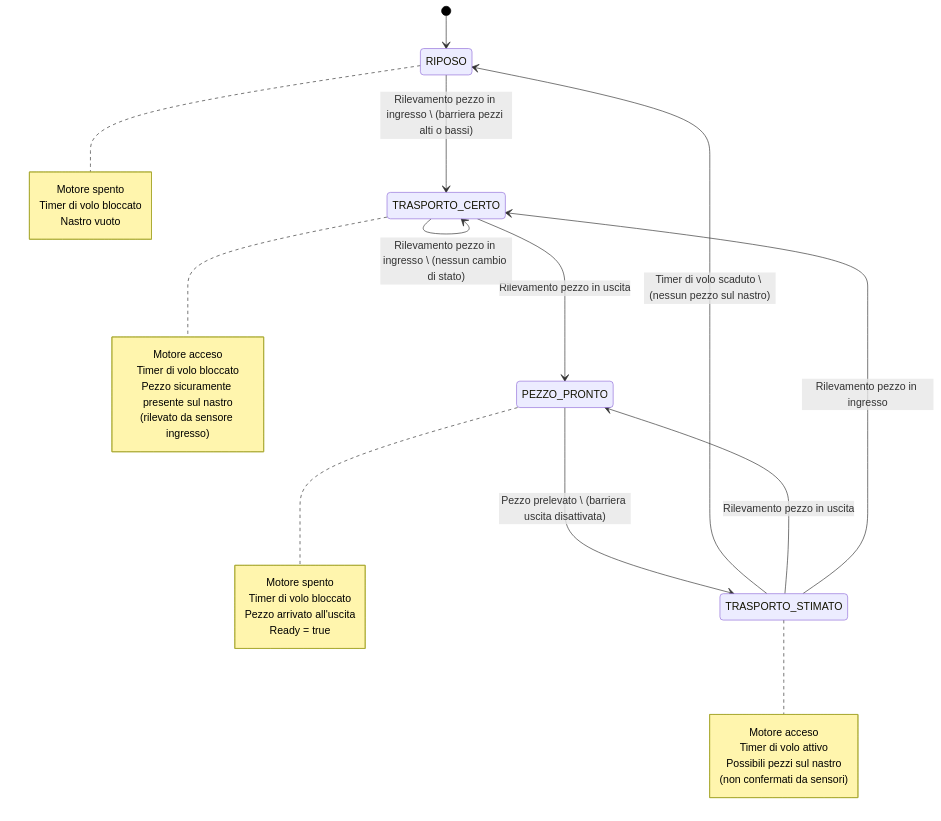
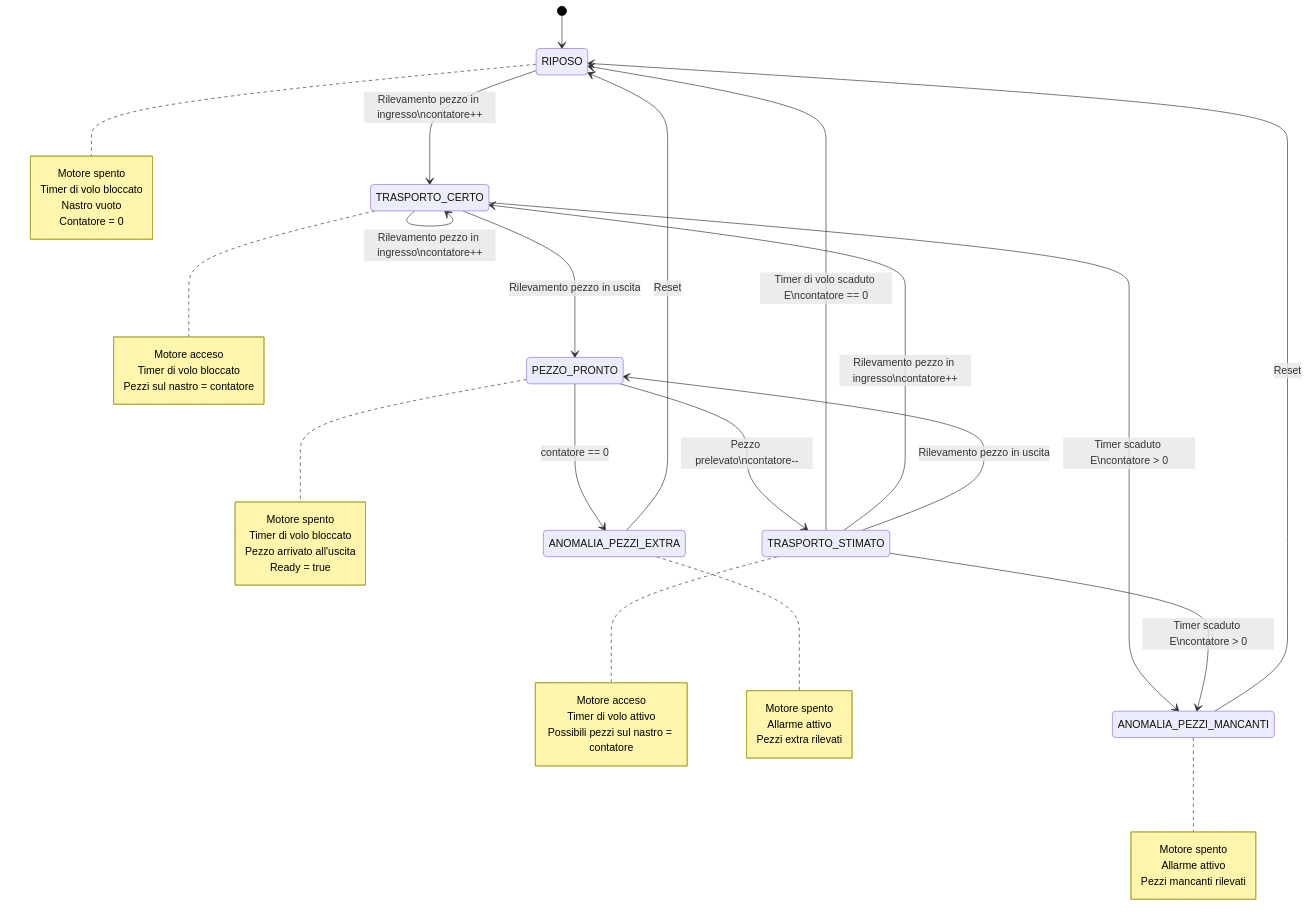
The diagram in nastrocont.md (sebastianomelita/ArduinoBareMetal), drawn with Mermaid before and after one commit.

````diff
--- a/nastrocont.md
+++ b/nastrocont.md
@@ -44,40 +44,61 @@
 ```mermaid
 %%{init: {'theme': 'default', 'themeVariables': { 'primaryColor': '#ffffff', 'primaryTextColor': '#000000', 'primaryBorderColor': '#000000', 'lineColor': '#000000', 'secondaryColor': '#f4f4f4', 'tertiaryColor': '#ffffff' }}}%%
 stateDiagram-v2
     [*] --> RIPOSO
+
+    RIPOSO --> TRASPORTO_CERTO: Rilevamento pezzo in ingresso\ncontatore++
     
-    RIPOSO --> TRASPORTO_CERTO: Rilevamento pezzo in ingresso \ (barriera pezzi alti o bassi)
+    TRASPORTO_CERTO --> TRASPORTO_CERTO: Rilevamento pezzo in ingresso\ncontatore++
     TRASPORTO_CERTO --> PEZZO_PRONTO: Rilevamento pezzo in uscita
-    TRASPORTO_CERTO --> TRASPORTO_CERTO: Rilevamento pezzo in ingresso \ (nessun cambio di stato)
-    PEZZO_PRONTO --> TRASPORTO_STIMATO: Pezzo prelevato \ (barriera uscita disattivata)
-    TRASPORTO_STIMATO --> RIPOSO: Timer di volo scaduto \ (nessun pezzo sul nastro)
+    TRASPORTO_CERTO --> ANOMALIA_PEZZI_MANCANTI: Timer scaduto E\ncontatore > 0
+    
+    PEZZO_PRONTO --> TRASPORTO_STIMATO: Pezzo prelevato\ncontatore--
+    
+    TRASPORTO_STIMATO --> RIPOSO: Timer di volo scaduto E\ncontatore == 0
+    TRASPORTO_STIMATO --> TRASPORTO_CERTO: Rilevamento pezzo in ingresso\ncontatore++
     TRASPORTO_STIMATO --> PEZZO_PRONTO: Rilevamento pezzo in uscita
-    TRASPORTO_STIMATO --> TRASPORTO_CERTO: Rilevamento pezzo in ingresso
+    TRASPORTO_STIMATO --> ANOMALIA_PEZZI_MANCANTI: Timer scaduto E\ncontatore > 0
+    
+    PEZZO_PRONTO --> ANOMALIA_PEZZI_EXTRA: contatore == 0
+    
+    ANOMALIA_PEZZI_MANCANTI --> RIPOSO: Reset
+    ANOMALIA_PEZZI_EXTRA --> RIPOSO: Reset
     
     note right of RIPOSO
         Motore spento
         Timer di volo bloccato
         Nastro vuoto
+        Contatore = 0
     end note
     
     note right of TRASPORTO_CERTO
         Motore acceso
         Timer di volo bloccato
-        Pezzo sicuramente presente sul nastro
-        (rilevato da sensore ingresso)
+        Pezzi sul nastro = contatore
     end note
     
     note right of PEZZO_PRONTO
         Motore spento
         Timer di volo bloccato
         Pezzo arrivato all'uscita
         Ready = true
     end note
     
     note right of TRASPORTO_STIMATO
         Motore acceso
         Timer di volo attivo
-        Possibili pezzi sul nastro
-        (non confermati da sensori)
+        Possibili pezzi sul nastro = contatore
+    end note
+    
+    note right of ANOMALIA_PEZZI_MANCANTI
+        Motore spento
+        Allarme attivo
+        Pezzi mancanti rilevati
+    end note
+    
+    note right of ANOMALIA_PEZZI_EXTRA
+        Motore spento
+        Allarme attivo
+        Pezzi extra rilevati
     end note
 ```
````
